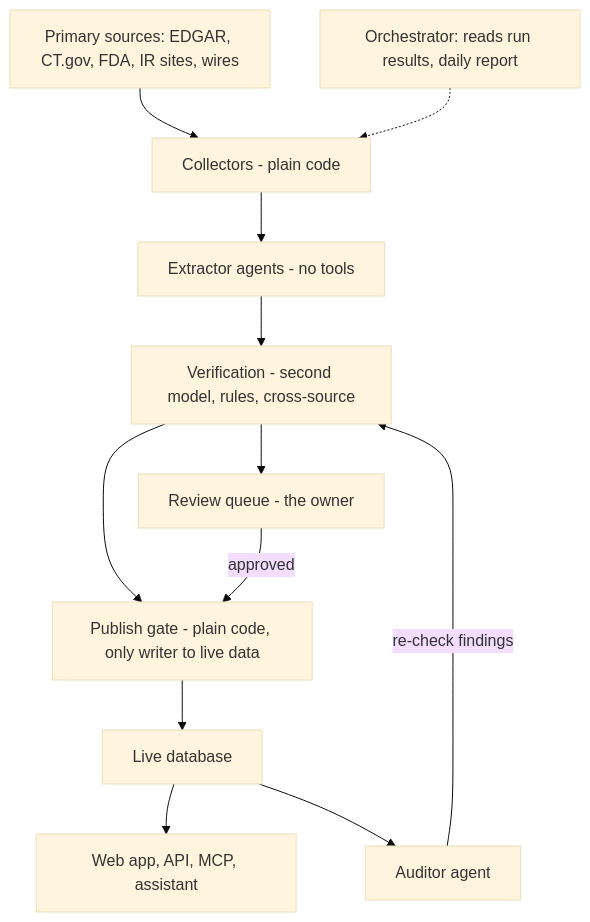
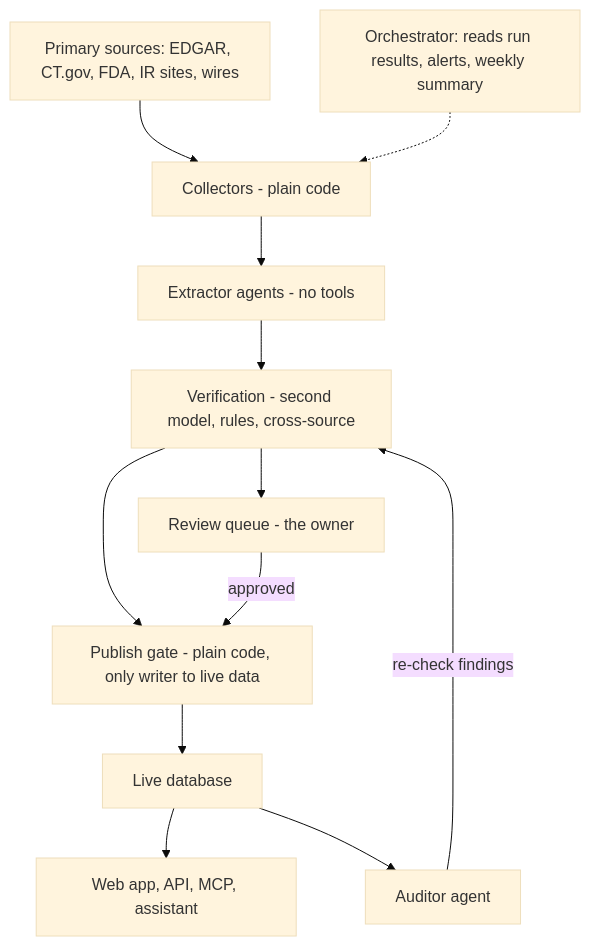
The diagram in docs/spec.md (acarchidi/catalyst-tracker), drawn with Mermaid (base theme) before and after one commit. The commit also changed other lines of this file and 1 other file, not shown here.

First line of the commit message:
Spec: a stronger Claude model checks the weekly sample; alerts replace the daily report

````diff
--- a/docs/spec.md
+++ b/docs/spec.md
@@ -124,14 +124,14 @@
 ```mermaid
 flowchart TD
   S[Primary sources: EDGAR, CT.gov, FDA, IR sites, wires] --> C[Collectors - plain code]
   C --> E[Extractor agents - no tools]
   E --> V[Verification - second model, rules, cross-source]
   V --> G[Publish gate - plain code, only writer to live data]
   V --> R[Review queue - the owner]
   R -- approved --> G
   G --> D[Live database]
   D --> O[Web app, API, MCP, assistant]
   D --> A[Auditor agent]
   A -- re-check findings --> V
-  X[Orchestrator: reads run results, daily report] -.-> C
+  X[Orchestrator: reads run results, alerts, weekly summary] -.-> C
 ```
````
